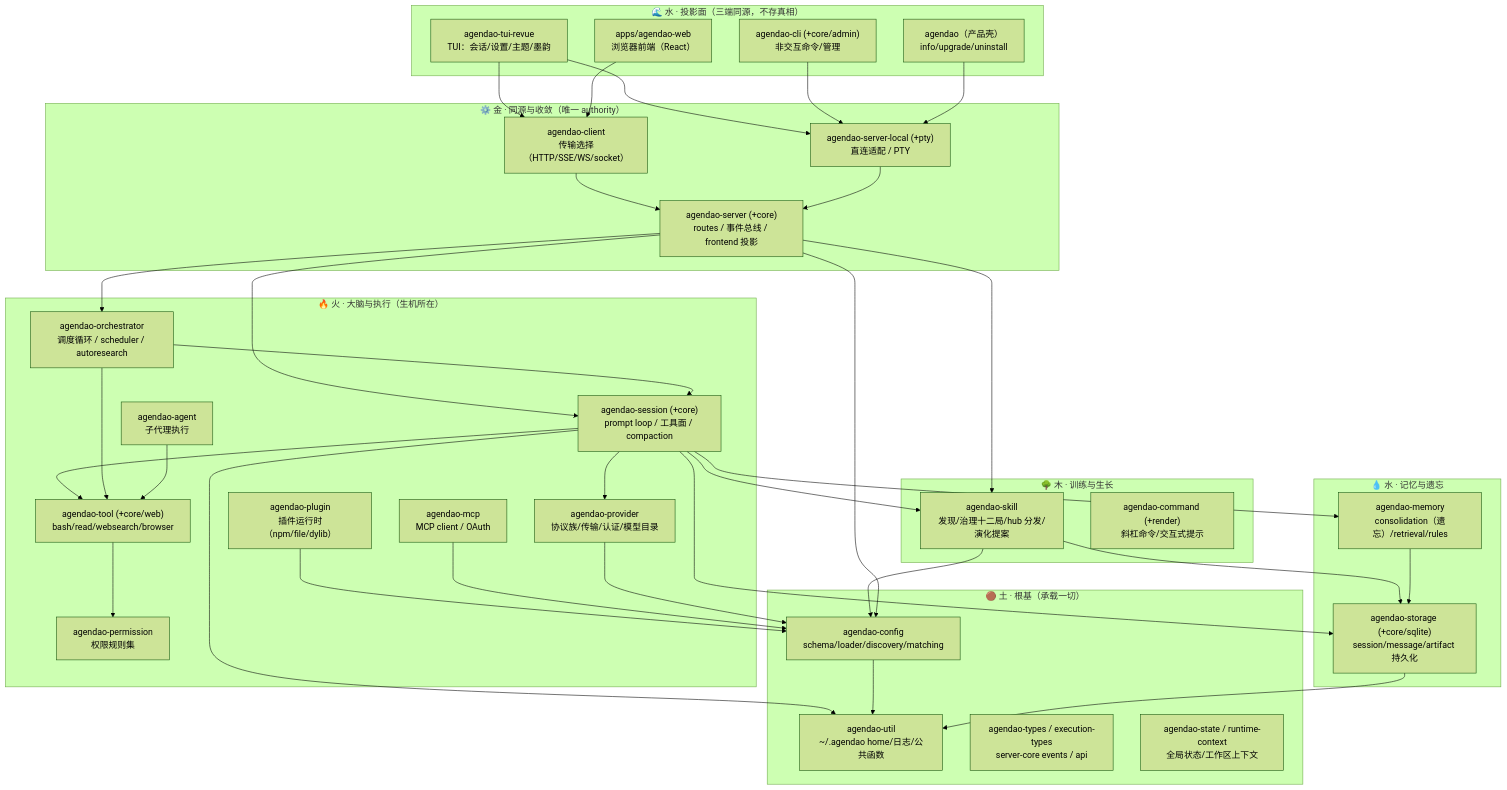
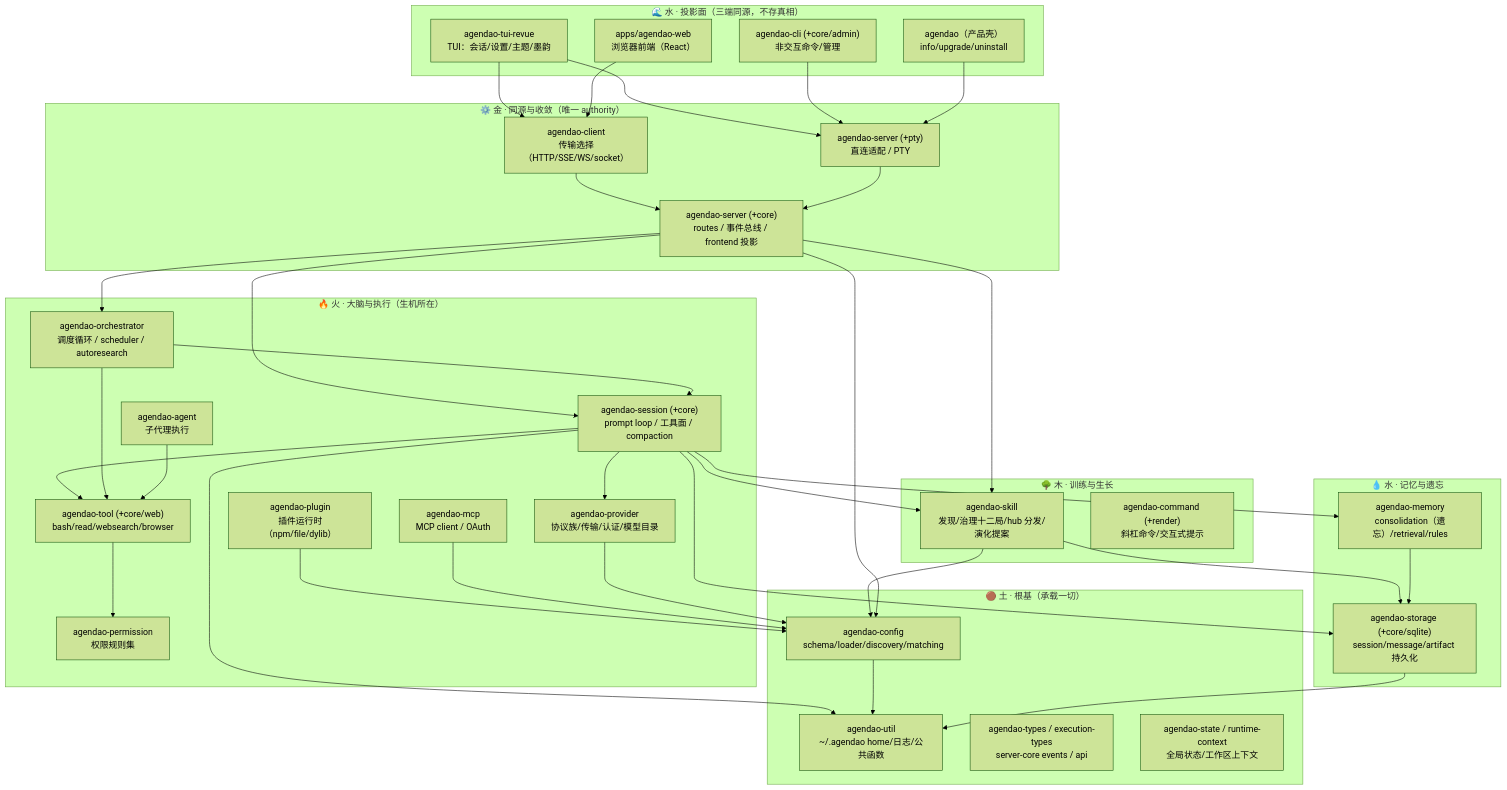
One commit to biocheming/agendao changed the first of 2 diagrams in docs/architecture.md. Above: the diagram before and after it, drawn with Mermaid (forest theme). The commit also changed other lines of this file and 30 other files, not shown here.

````diff
--- a/docs/architecture.md
+++ b/docs/architecture.md
@@ -8,76 +8,76 @@
 ```mermaid
 graph TB
     subgraph 投影面["🌊 水 · 投影面（三端同源，不存真相）"]
         TUI["agendao-tui-revue<br/>TUI：会话/设置/主题/墨韵"]
         WEB["apps/agendao-web<br/>浏览器前端（React）"]
         CLI["agendao-cli (+core/admin)<br/>非交互命令/管理"]
         SHELL["agendao（产品壳）<br/>info/upgrade/uninstall"]
     end
 
     subgraph 收敛["⚙️ 金 · 同源与收敛（唯一 authority）"]
         SERVER["agendao-server (+core)<br/>routes / 事件总线 / frontend 投影"]
-        LOCAL["agendao-server-local (+pty)<br/>直连适配 / PTY"]
+        LOCAL["agendao-server (+pty)<br/>直连适配 / PTY"]
         CLIENT["agendao-client<br/>传输选择（HTTP/SSE/WS/socket）"]
     end
 
     subgraph 大脑["🔥 火 · 大脑与执行（生机所在）"]
         PROVIDER["agendao-provider<br/>协议族/传输/认证/模型目录"]
         SESSION["agendao-session (+core)<br/>prompt loop / 工具面 / compaction"]
         ORCH["agendao-orchestrator<br/>调度循环 / scheduler / autoresearch"]
         TOOLS["agendao-tool (+core/web)<br/>bash/read/websearch/browser"]
         MCP["agendao-mcp<br/>MCP client / OAuth"]
         AGENT["agendao-agent<br/>子代理执行"]
         PLUGIN["agendao-plugin<br/>插件运行时（npm/file/dylib）"]
         PERM["agendao-permission<br/>权限规则集"]
     end
 
     subgraph 生长["🌳 木 · 训练与生长"]
         SKILL["agendao-skill<br/>发现/治理十二局/hub 分发/演化提案"]
         CMD["agendao-command (+render)<br/>斜杠命令/交互式提示"]
     end
 
     subgraph 记忆["💧 水 · 记忆与遗忘"]
         MEM["agendao-memory<br/>consolidation（遗忘）/retrieval/rules"]
         STORE["agendao-storage (+core/sqlite)<br/>session/message/artifact 持久化"]
     end
 
     subgraph 根基["🟤 土 · 根基（承载一切）"]
         UTIL["agendao-util<br/>~/.agendao home/日志/公共函数"]
         CONFIG["agendao-config<br/>schema/loader/discovery/matching"]
         TYPES["agendao-types / execution-types<br/>server-core events / api"]
         STATE["agendao-state / runtime-context<br/>全局状态/工作区上下文"]
     end
 
     TUI --> CLIENT
     TUI --> LOCAL
     WEB --> CLIENT
     CLI --> LOCAL
     SHELL --> LOCAL
     CLIENT --> SERVER
     LOCAL --> SERVER
 
     SERVER --> SESSION
     SERVER --> ORCH
     SERVER --> SKILL
     SESSION --> PROVIDER
     SESSION --> TOOLS
     SESSION --> SKILL
     ORCH --> SESSION
     ORCH --> TOOLS
     TOOLS --> PERM
     AGENT --> TOOLS
     PLUGIN --> CONFIG
     MCP --> CONFIG
 
     SKILL --> CONFIG
     SKILL --> STORE
     MEM --> STORE
     SESSION --> MEM
     SESSION --> STORE
 
     PROVIDER --> CONFIG
     SERVER --> CONFIG
     SESSION --> UTIL
     CONFIG --> UTIL
     STORE --> UTIL
 ```
````
